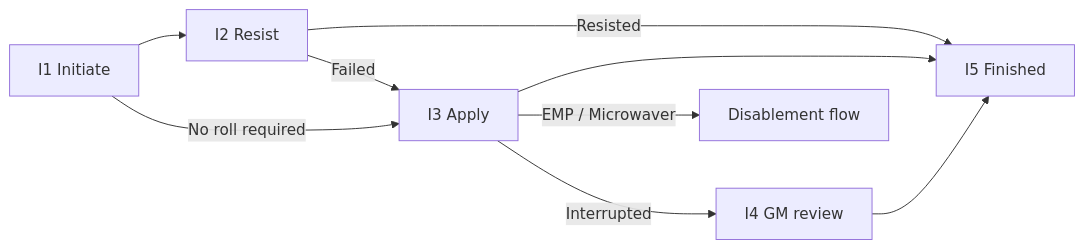
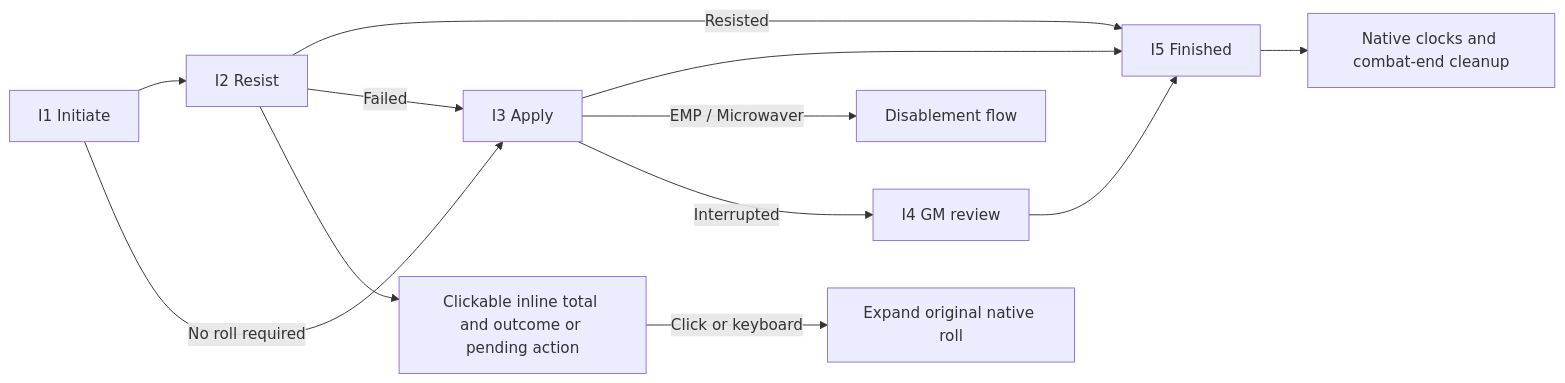
One commit to GMPneuma/PneumaCombatTools changed the fifth of 15 diagrams in docs/flow-map.md. Above: the diagram before and after it, drawn with Mermaid. The commit also changed other lines of this file and 74 other files, not shown here.

```diff
--- a/docs/flow-map.md
+++ b/docs/flow-map.md
@@ -119,11 +126,14 @@
 ~~~mermaid
 flowchart LR
  I1["I1 Initiate"] --> I2["I2 Resist"]
  I2 -->|Resisted| I5["I5 Finished"]
  I2 -->|Failed| I3["I3 Apply"]
  I1 -->|No roll required| I3
  I3 --> I5
  I3 -->|EMP / Microwaver| E["Disablement flow"]
  I3 -->|Interrupted| I4["I4 GM review"]
  I4 --> I5
+ I2 --> IR["Clickable inline total and outcome or pending action"]
+ IR -->|Click or keyboard| ID["Expand original native roll"]
+ I5 --> IL["Native clocks and combat-end cleanup"]
 ~~~
```
